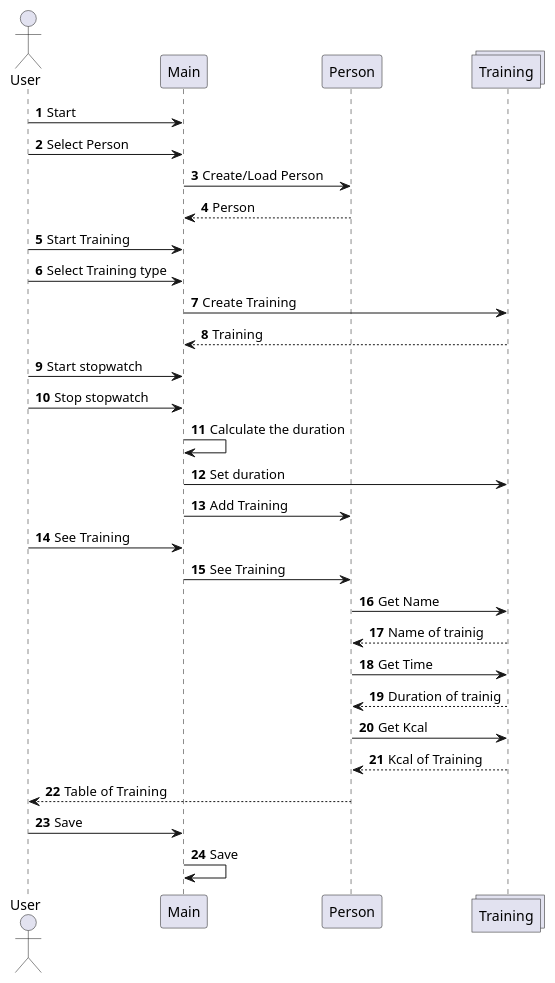
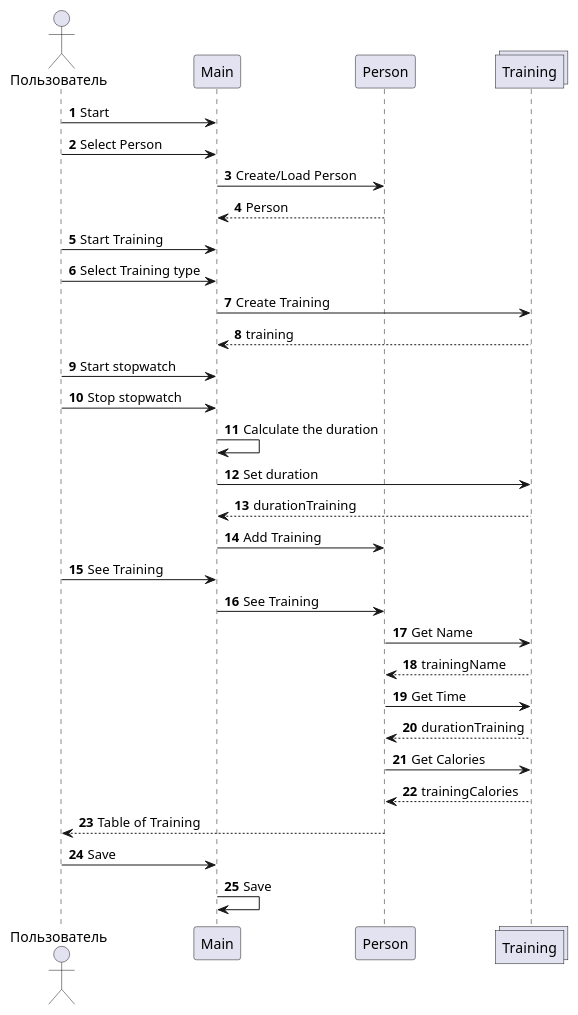
One commit to danqura/JavaThings changed the diagram in src/main/java/fitnessTracker/Diagram/sequenceDiagram.puml. Above: the diagram before and after it, drawn with PlantUML. The commit also changed 19 other files, not shown here.

```diff
--- a/src/main/java/fitnessTracker/Diagram/sequenceDiagram.puml
+++ b/src/main/java/fitnessTracker/Diagram/sequenceDiagram.puml
@@ -1,47 +1,44 @@
 @startuml
 'https://plantuml.com/sequence-diagram
 
 autonumber
 
-actor User
+actor Пользователь
 participant Main
 participant Person
 Collections Training
 
-User -> Main: Start
+Пользователь -> Main: Start
 
-User -> Main: Select Person
+Пользователь -> Main: Select Person
 Main -> Person: Create/Load Person
 Main <-- Person: Person
-User -> Main: Start Training
-User -> Main: Select Training type
+Пользователь -> Main: Start Training
+Пользователь -> Main: Select Training type
 
 Main -> Training: Create Training
-Main <--Training: Training
-User-> Main: Start stopwatch
-User -> Main: Stop stopwatch
+Main <--Training: training
+Пользователь-> Main: Start stopwatch
+Пользователь -> Main: Stop stopwatch
 Main -> Main: Calculate the duration
 Main -> Training: Set duration
+Main <-- Training: durationTraining
 
 
 Main -> Person: Add Training
-User -> Main: See Training
+Пользователь -> Main: See Training
 Main ->Person: See Training
 
 Person -> Training: Get Name
-Training --> Person: Name of trainig
+Training --> Person: trainingName
 Person -> Training: Get Time
-Training --> Person: Duration of trainig
-Person -> Training: Get Kcal
-Training --> Person: Kcal of Training
-Person --> User: Table of Training
+Training --> Person: durationTraining
+Person -> Training: Get Calories
+Training --> Person: trainingCalories
+Person --> Пользователь: Table of Training
 
 
-User ->Main: Save
+Пользователь ->Main: Save
 Main ->Main: Save
 
-
-
-
-
 @enduml
```
